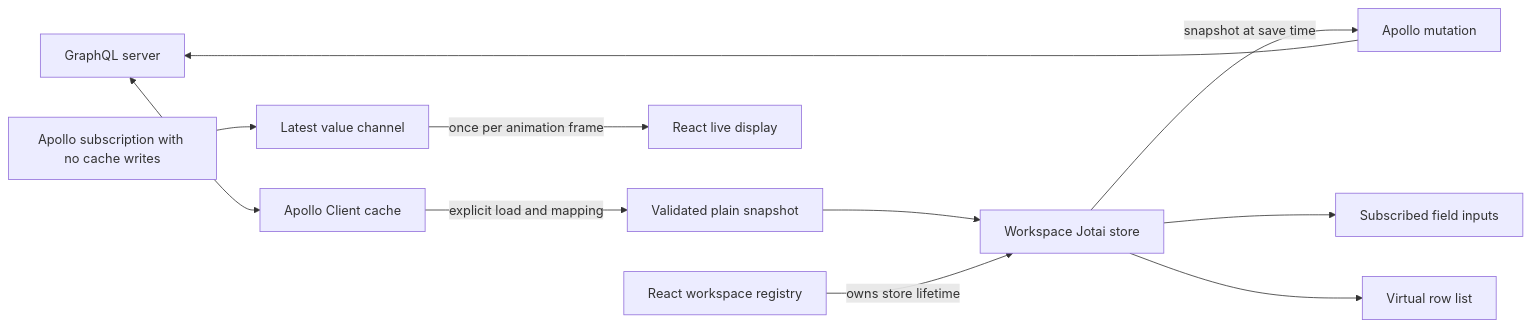
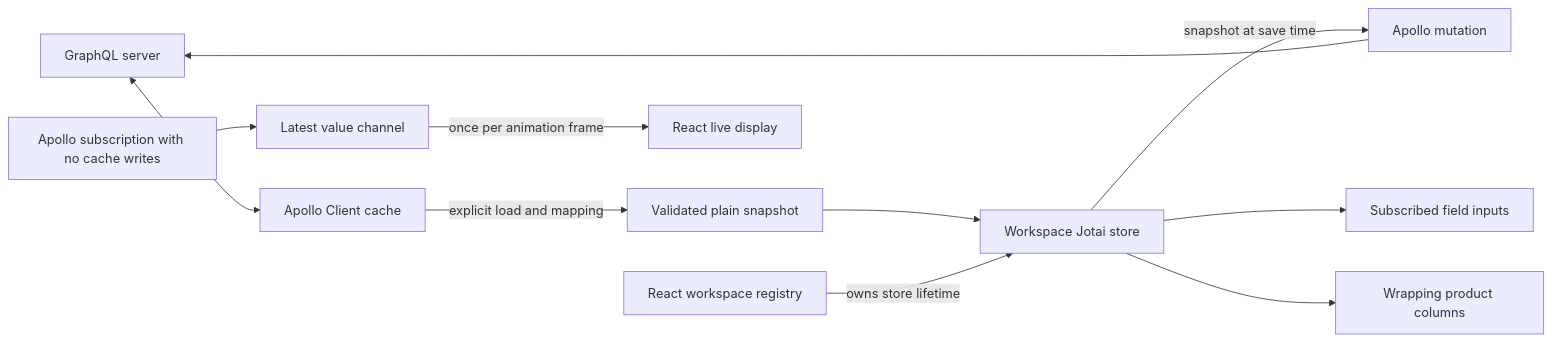
Before and after one commit to kazakovkirilliy/valtio-poc: the diagram in docs/architecture.md, drawn with Mermaid. The commit also changed other lines of this file and 35 other files, not shown here.

Commit message:
Restore deal and product columns with captioned architecture overviews

````diff
--- a/docs/architecture.md
+++ b/docs/architecture.md
@@ -23,13 +23,13 @@
 ```mermaid
 flowchart LR
   Server[GraphQL server] <--> Apollo[Apollo Client cache]
   Apollo -->|explicit load and mapping| Snapshot[Validated plain snapshot]
   Snapshot --> Draft[Workspace Jotai store]
   Draft -->|snapshot at save time| Mutation[Apollo mutation]
   Mutation --> Server
   Draft --> Inputs[Subscribed field inputs]
-  Draft --> Rows[Virtual row list]
+  Draft --> Rows[Wrapping product columns]
   Source[Apollo subscription with no cache writes] --> Channel[Latest value channel]
   Channel -->|once per animation frame| Live[React live display]
   Shell[React workspace registry] -->|owns store lifetime| Draft
 ```
````
